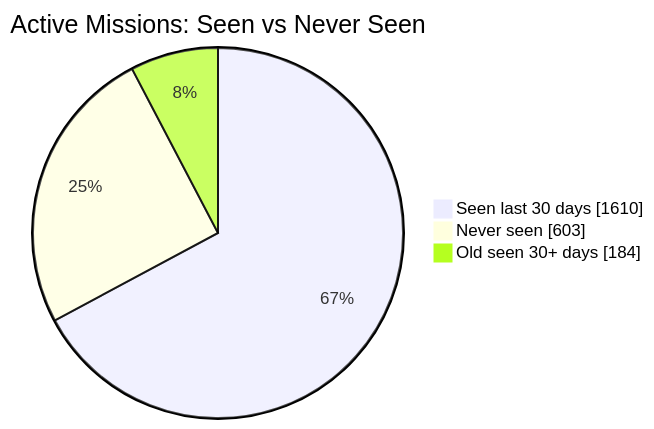
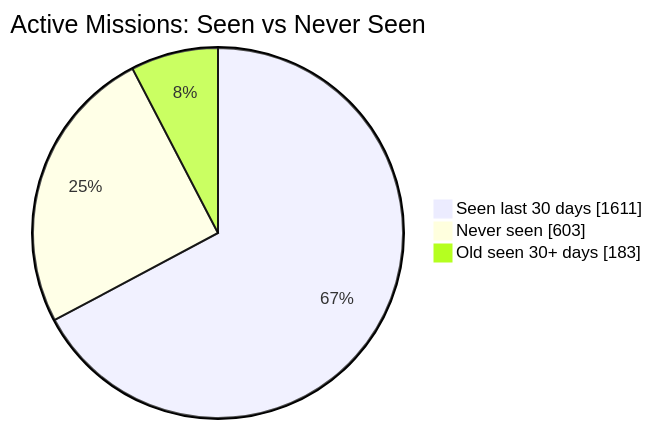
Before and after one commit to MeldkamerspelGameTeam/active-missions: the first of 2 diagrams in README.md, drawn with Mermaid. The commit also changed other lines of this file and 3 other files, not shown here.

````diff
--- a/README.md
+++ b/README.md
@@ -34,7 +34,7 @@
 ```mermaid
 pie showData
     title Active Missions: Seen vs Never Seen
-    "Seen last 30 days" : 1610
+    "Seen last 30 days" : 1611
     "Never seen" : 603
-    "Old seen 30+ days" : 184
+    "Old seen 30+ days" : 183
 ```
````
